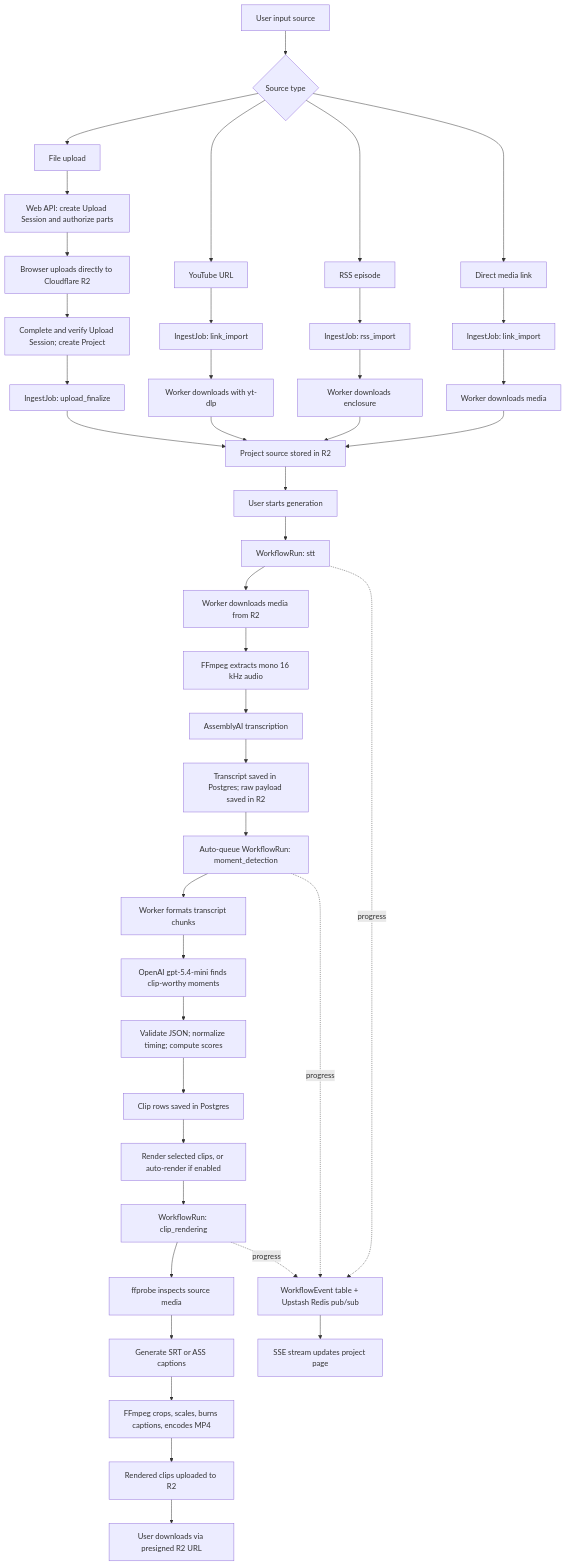
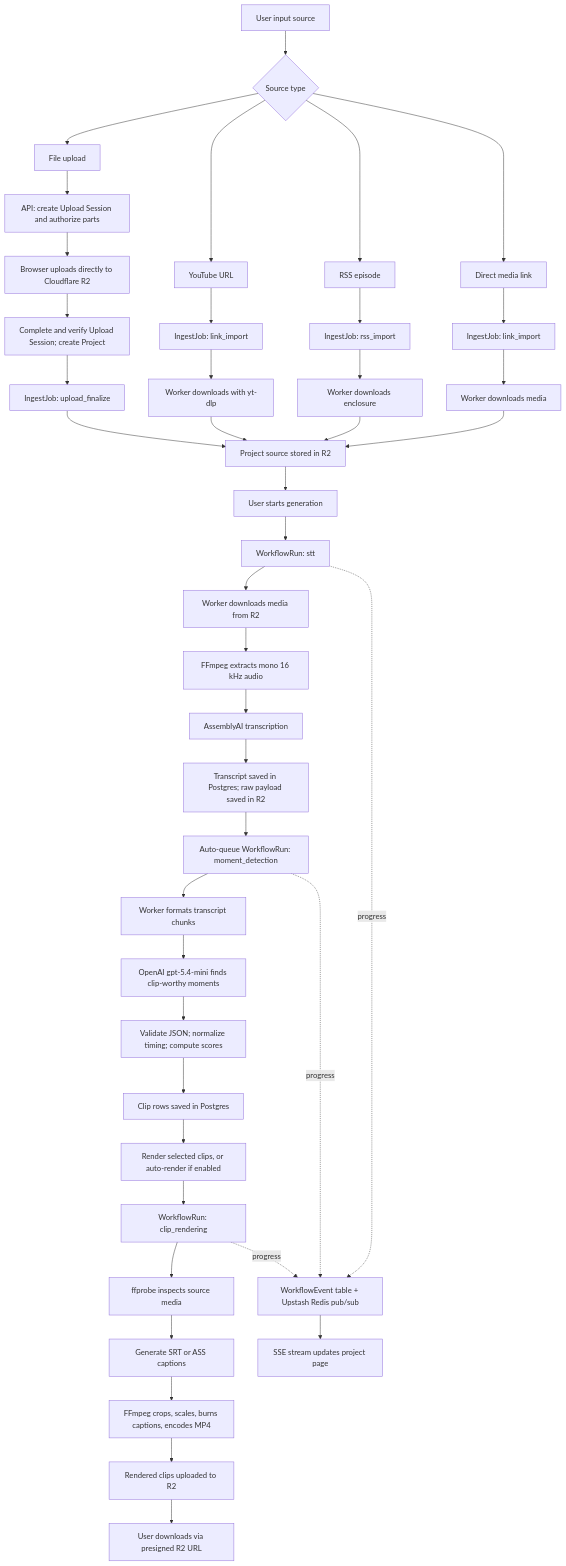
Before and after one commit to murtaza-ch/narriflow: the diagram in README.md, drawn with Mermaid. The commit also changed other lines of this file and 119 other files, not shown here.

First line of the commit message:
chore: remove web backend paths, ban backend imports in web, document the API

````diff
--- a/README.md
+++ b/README.md
@@ -79,50 +81,50 @@
 ```mermaid
 flowchart TD
   A["User input source"] --> B{"Source type"}
   B --> C["File upload"]
   B --> D["YouTube URL"]
   B --> E["RSS episode"]
   B --> LL["Direct media link"]
   LL --> LI["IngestJob: link_import"]
   LI --> LM["Worker downloads media"]
   LM --> N
 
-  C --> F["Web API: create Upload Session and authorize parts"]
+  C --> F["API: create Upload Session and authorize parts"]
   F --> G["Browser uploads directly to Cloudflare R2"]
   G --> H["Complete and verify Upload Session; create Project"]
   H --> I["IngestJob: upload_finalize"]
 
   D --> J["IngestJob: link_import"]
   J --> K["Worker downloads with yt-dlp"]
   E --> L["IngestJob: rss_import"]
   L --> M["Worker downloads enclosure"]
 
   I --> N["Project source stored in R2"]
   K --> N
   M --> N
 
   N --> O["User starts generation"]
   O --> P["WorkflowRun: stt"]
   P --> Q["Worker downloads media from R2"]
   Q --> R["FFmpeg extracts mono 16 kHz audio"]
   R --> S["AssemblyAI transcription"]
   S --> T["Transcript saved in Postgres; raw payload saved in R2"]
 
   T --> U["Auto-queue WorkflowRun: moment_detection"]
   U --> V["Worker formats transcript chunks"]
   V --> W["OpenAI gpt-5.4-mini finds clip-worthy moments"]
   W --> X["Validate JSON; normalize timing; compute scores"]
   X --> Y["Clip rows saved in Postgres"]
   Y --> Z["Render selected clips, or auto-render if enabled"]
   Z --> AA["WorkflowRun: clip_rendering"]
   AA --> AB["ffprobe inspects source media"]
   AB --> AC["Generate SRT or ASS captions"]
   AC --> AD["FFmpeg crops, scales, burns captions, encodes MP4"]
   AD --> AE["Rendered clips uploaded to R2"]
   AE --> AF["User downloads via presigned R2 URL"]
 
   P -.progress.-> GG["WorkflowEvent table + Upstash Redis pub/sub"]
   U -.progress.-> GG
   AA -.progress.-> GG
   GG --> HH["SSE stream updates project page"]
 ```
````
